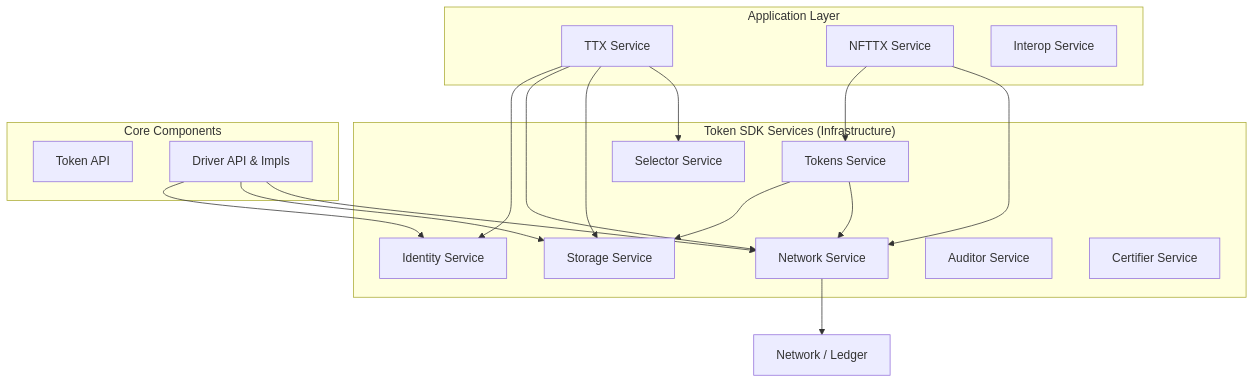
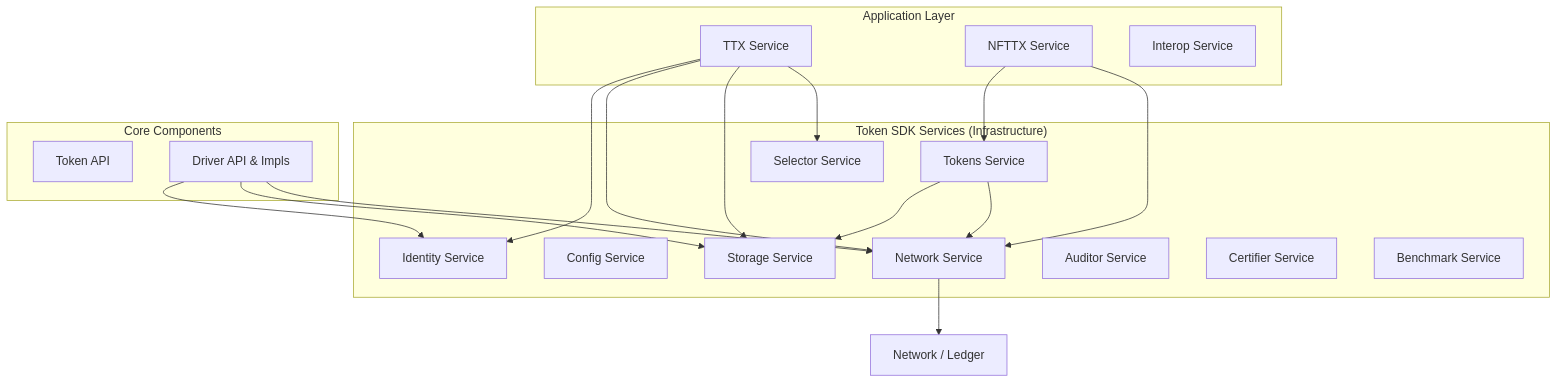
One commit to hyperledger-labs/fabric-token-sdk changed the diagram in docs/services.md. Above: the diagram before and after it, drawn with Mermaid. The commit also changed other lines of this file and 3 other files, not shown here.

````diff
--- a/docs/services.md
+++ b/docs/services.md
@@ -11,40 +11,42 @@
 ```mermaid
 graph TD
     subgraph "Application Layer"
         TTX[TTX Service]
         NFTTX[NFTTX Service]
         Interop[Interop Service]
     end
 
     subgraph "Token SDK Services (Infrastructure)"
         Identity[Identity Service]
+        Config[Config Service]
         Network[Network Service]
         Storage[Storage Service]
         Tokens[Tokens Service]
         Selector[Selector Service]
         Auditor[Auditor Service]
         Certifier[Certifier Service]
+        Benchmark[Benchmark Service]
     end
 
     subgraph "Core Components"
         TokenAPI[Token API]
         Driver[Driver API & Impls]
     end
 
     TTX --> Identity
     TTX --> Network
     TTX --> Storage
     TTX --> Selector
     
     NFTTX --> Tokens
     NFTTX --> Network
 
     Tokens --> Storage
     Tokens --> Network
     
     Driver --> Identity
     Driver --> Storage
     Driver --> Network
     
     Network --> DLT[Network / Ledger]
 ```
````
